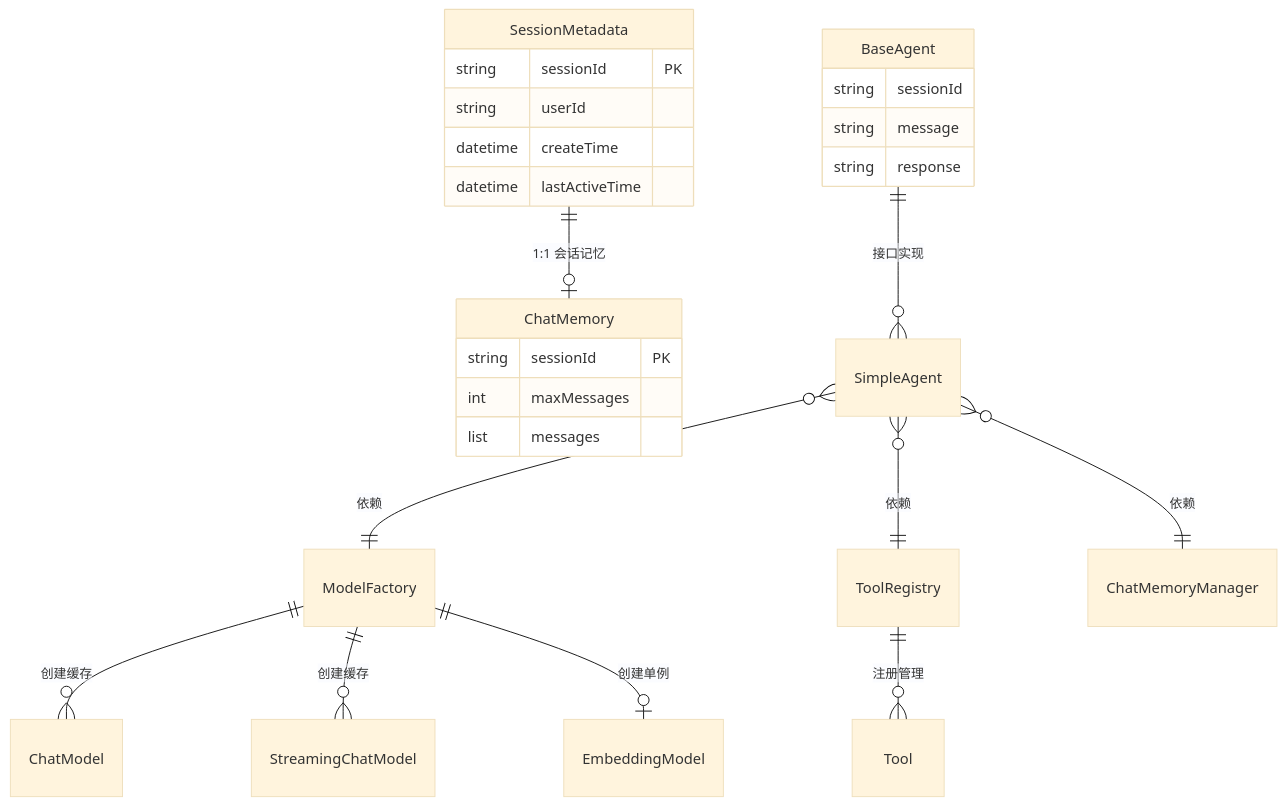
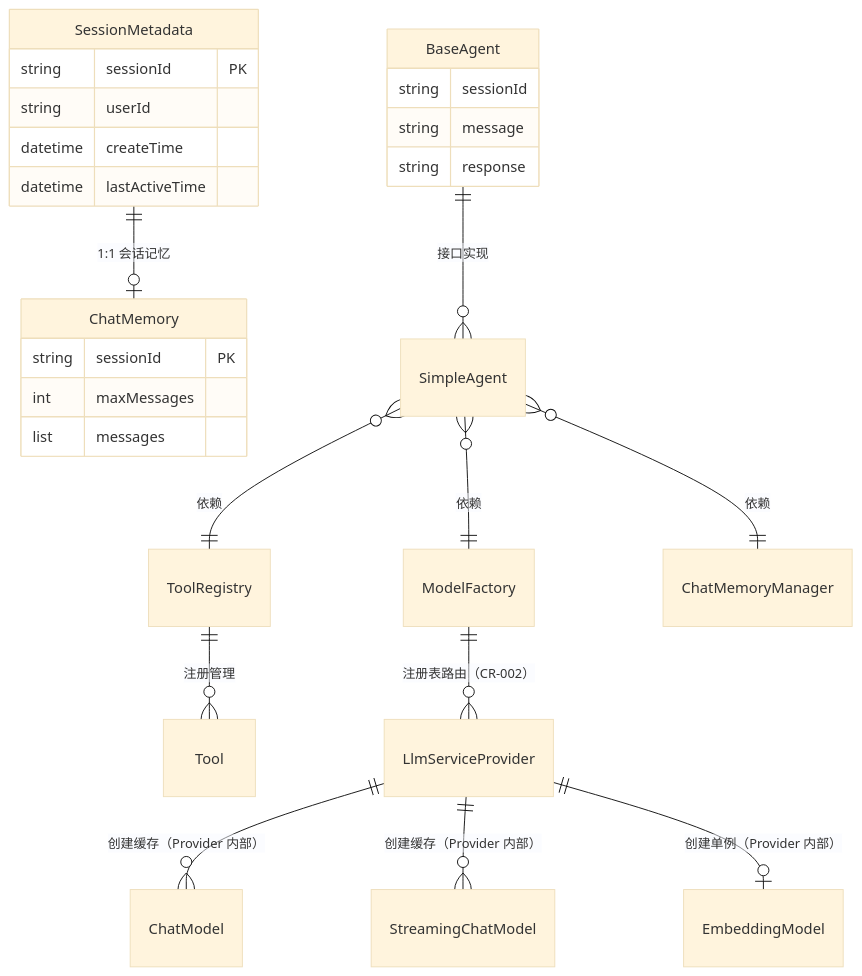
One commit to zxchengQQ/agent_demo changed the eighth of 10 diagrams in specs/业务架构文档.md. Above: the diagram before and after it, drawn with Mermaid (base theme). The commit also changed other lines of this file and 65 other files, not shown here.

````diff
--- a/specs/业务架构文档.md
+++ b/specs/业务架构文档.md
@@ -361,31 +363,32 @@
 ```mermaid
 erDiagram
     SessionMetadata ||--o| ChatMemory : "1:1 会话记忆"
     BaseAgent ||--o{ SimpleAgent : "接口实现"
     SimpleAgent }o--|| ModelFactory : "依赖"
     SimpleAgent }o--|| ToolRegistry : "依赖"
     SimpleAgent }o--|| ChatMemoryManager : "依赖"
     ToolRegistry ||--o{ Tool : "注册管理"
-    ModelFactory ||--o{ ChatModel : "创建缓存"
-    ModelFactory ||--o{ StreamingChatModel : "创建缓存"
-    ModelFactory ||--o| EmbeddingModel : "创建单例"
+    ModelFactory ||--o{ LlmServiceProvider : "注册表路由（CR-002）"
+    LlmServiceProvider ||--o{ ChatModel : "创建缓存（Provider 内部）"
+    LlmServiceProvider ||--o{ StreamingChatModel : "创建缓存（Provider 内部）"
+    LlmServiceProvider ||--o| EmbeddingModel : "创建单例（Provider 内部）"
 
     SessionMetadata {
         string sessionId PK
         string userId
         datetime createTime
         datetime lastActiveTime
     }
 
     ChatMemory {
         string sessionId PK
         int maxMessages
         list messages
     }
 
     BaseAgent {
         string sessionId
         string message
         string response
     }
 ```
````
